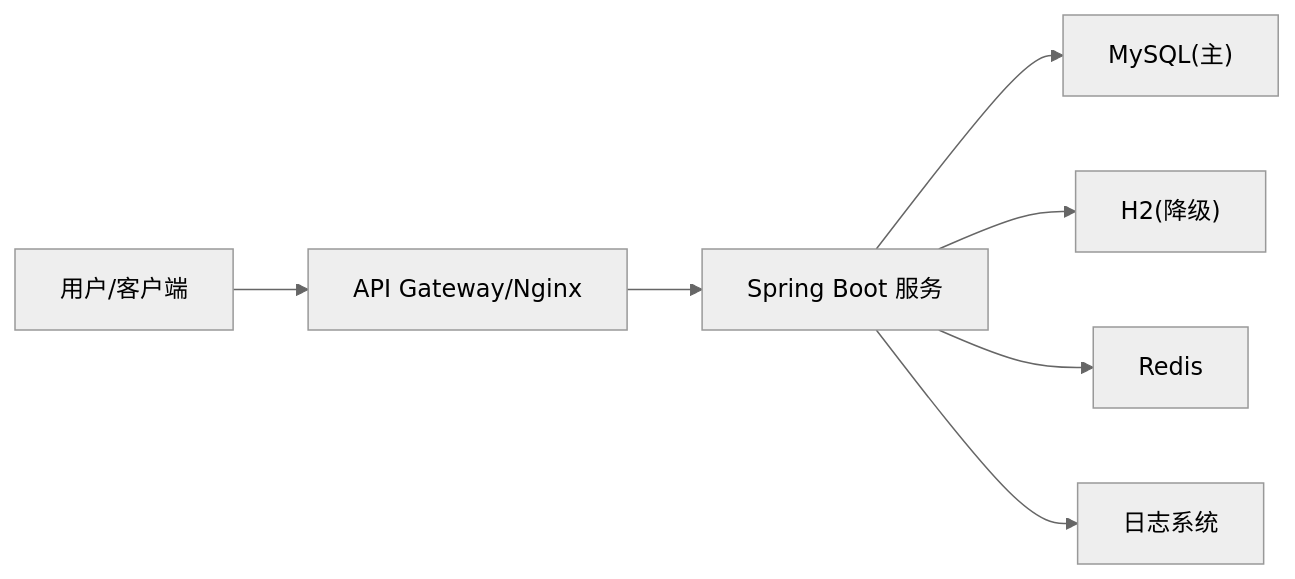
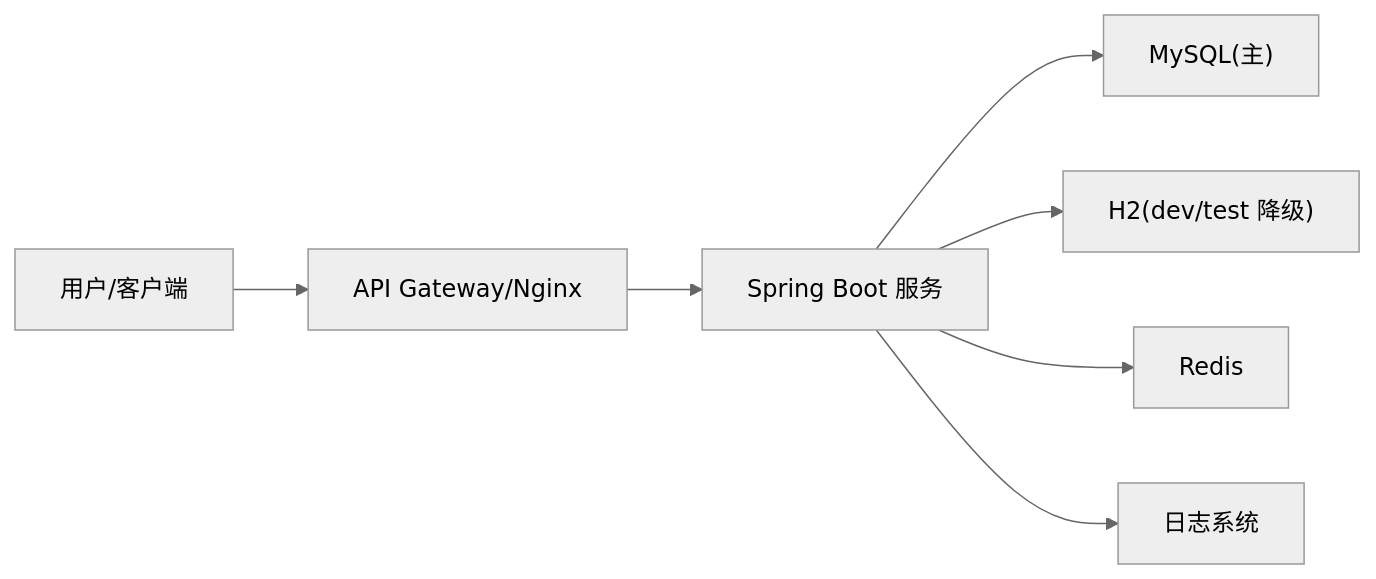
The third of 3 diagrams in README.md (amingzun/ServerTemplate), drawn with Mermaid (neutral theme) before and after one commit. The commit also changed other lines of this file and 14 other files, not shown here.

````diff
--- a/README.md
+++ b/README.md
@@ -100,9 +107,9 @@
 ```mermaid
 graph LR
   U["用户/客户端"] --> GW["API Gateway/Nginx"]
   GW --> APP["Spring Boot 服务"]
   APP --> DB["MySQL(主)"]
-  APP --> H2["H2(降级)"]
+  APP --> H2["H2(dev/test 降级)"]
   APP --> R["Redis"]
   APP --> LOG["日志系统"]
 ```
````
